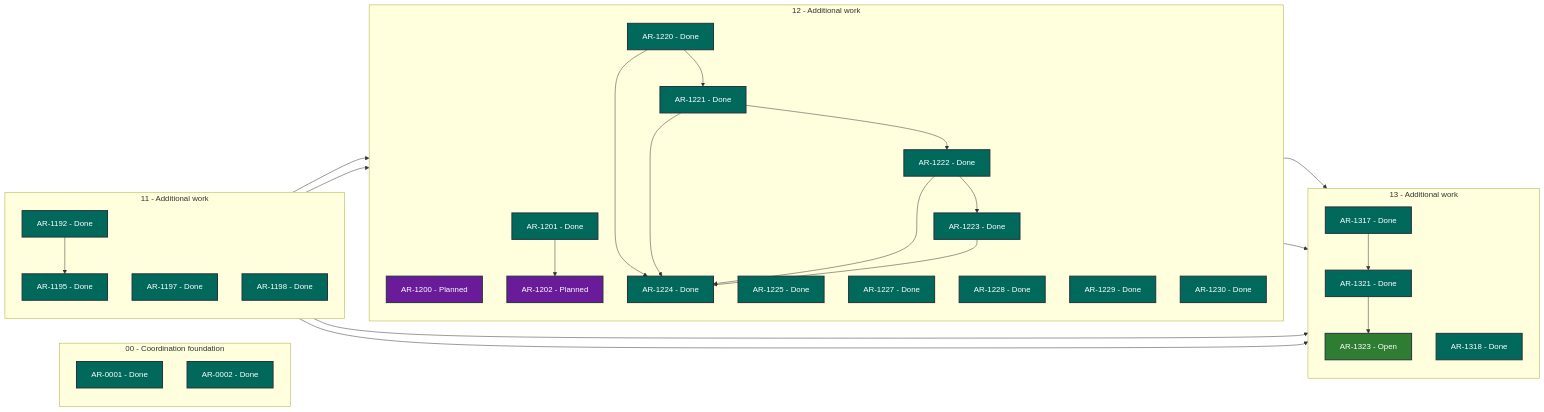
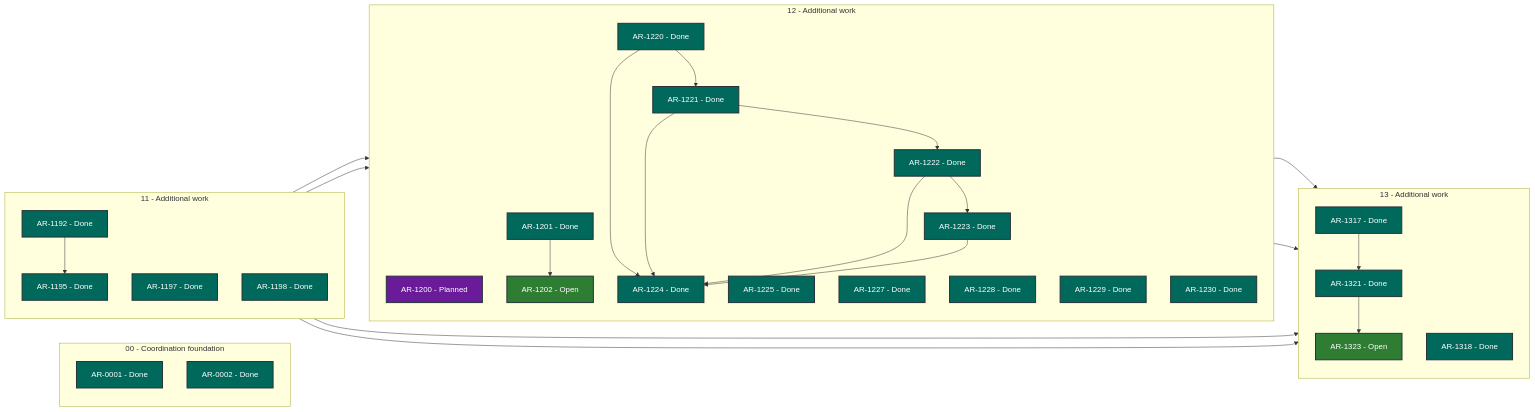
One commit to martin-beck/asb-tui-state changed the diagram in STATUS.md. Above: the diagram before and after it, drawn with Mermaid. The commit also changed other lines of this file and 2 other files, not shown here.

````diff
--- a/STATUS.md
+++ b/STATUS.md
@@ -27,63 +27,63 @@
 ```mermaid
 flowchart LR
     subgraph series_00["00 - Coordination foundation"]
         direction TB
         AR_0001["AR-0001 - Done"]:::status_done
         AR_0002["AR-0002 - Done"]:::status_done
     end
     subgraph series_11["11 - Additional work"]
         direction TB
         AR_1192["AR-1192 - Done"]:::status_done
         AR_1195["AR-1195 - Done"]:::status_done
         AR_1197["AR-1197 - Done"]:::status_done
         AR_1198["AR-1198 - Done"]:::status_done
     end
     subgraph series_12["12 - Additional work"]
         direction TB
         AR_1200["AR-1200 - Planned"]:::status_planned
         AR_1201["AR-1201 - Done"]:::status_done
-        AR_1202["AR-1202 - Planned"]:::status_planned
+        AR_1202["AR-1202 - Open"]:::status_open
         AR_1220["AR-1220 - Done"]:::status_done
         AR_1221["AR-1221 - Done"]:::status_done
         AR_1222["AR-1222 - Done"]:::status_done
         AR_1223["AR-1223 - Done"]:::status_done
         AR_1224["AR-1224 - Done"]:::status_done
         AR_1225["AR-1225 - Done"]:::status_done
         AR_1227["AR-1227 - Done"]:::status_done
         AR_1228["AR-1228 - Done"]:::status_done
         AR_1229["AR-1229 - Done"]:::status_done
         AR_1230["AR-1230 - Done"]:::status_done
     end
     subgraph series_13["13 - Additional work"]
         direction TB
         AR_1317["AR-1317 - Done"]:::status_done
         AR_1318["AR-1318 - Done"]:::status_done
         AR_1321["AR-1321 - Done"]:::status_done
         AR_1323["AR-1323 - Open"]:::status_open
     end
     AR_1192 --> AR_1195
     AR_1192 --> AR_1317
     AR_1195 --> AR_1200
     AR_1197 --> AR_1201
     AR_1197 --> AR_1317
     AR_1201 --> AR_1202
     AR_1220 --> AR_1221
     AR_1220 --> AR_1224
     AR_1221 --> AR_1222
     AR_1221 --> AR_1224
     AR_1222 --> AR_1223
     AR_1222 --> AR_1224
     AR_1223 --> AR_1224
     AR_1228 --> AR_1317
     AR_1229 --> AR_1317
     AR_1317 --> AR_1321
     AR_1321 --> AR_1323
     classDef status_in_progress fill:#1565c0,color:#ffffff,stroke:#263238,stroke-width:2px
     classDef status_open fill:#2e7d32,color:#ffffff,stroke:#263238,stroke-width:2px
     classDef status_blocked fill:#c62828,color:#ffffff,stroke:#263238,stroke-width:2px
     classDef status_planned fill:#6a1b9a,color:#ffffff,stroke:#263238,stroke-width:2px
     classDef status_future fill:#455a64,color:#ffffff,stroke:#263238,stroke-width:2px
     classDef status_done fill:#00695c,color:#ffffff,stroke:#263238,stroke-width:2px
     classDef status_cancelled fill:#616161,color:#ffffff,stroke:#263238,stroke-width:2px
     classDef status_superseded fill:#5d4037,color:#ffffff,stroke:#263238,stroke-width:2px
 ```
````
